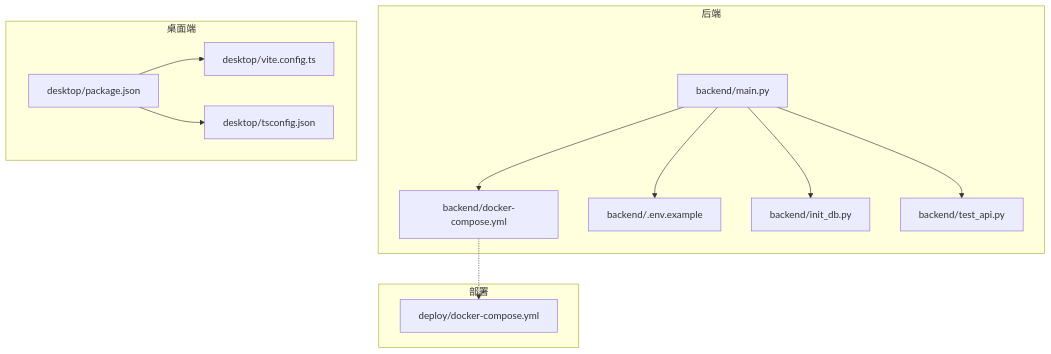
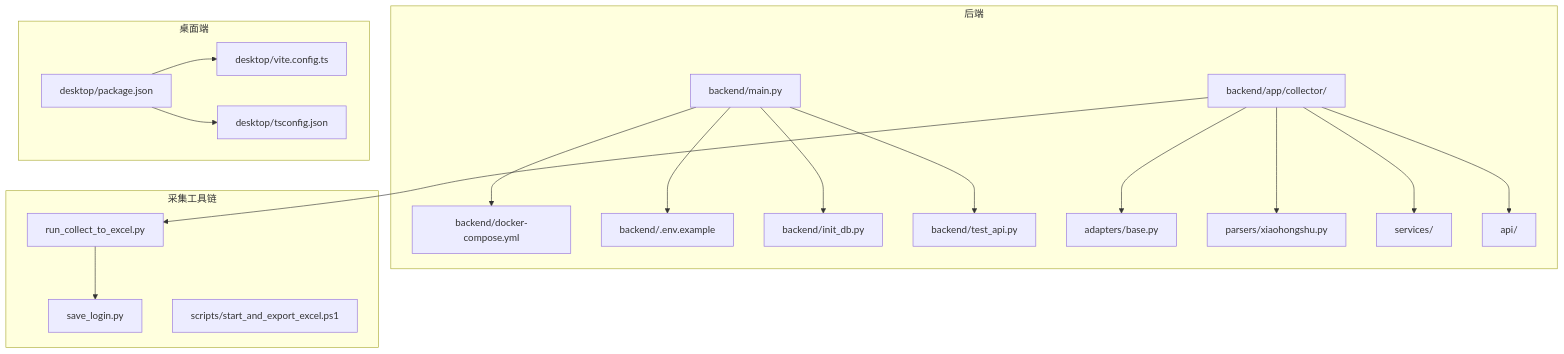
The first of 7 diagrams in .qoder/repowiki/zh/content/开发指南/开发指南.md (dream-ze/AI_huoke-), drawn with Mermaid before and after one commit. The commit also changed other lines of this file and 52 other files, not shown here.

````diff
--- a/.qoder/repowiki/zh/content/开发指南/开发指南.md
+++ b/.qoder/repowiki/zh/content/开发指南/开发指南.md
@@ -51,25 +70,33 @@
 ```mermaid
 graph TB
 subgraph "后端"
 BMain["backend/main.py"]
 BDocker["backend/docker-compose.yml"]
 BEnv["backend/.env.example"]
 BInit["backend/init_db.py"]
 BTest["backend/test_api.py"]
+BCollector["backend/app/collector/"]
+BCollector --> BAdapter["adapters/base.py"]
+BCollector --> BParser["parsers/xiaohongshu.py"]
+BCollector --> BService["services/"]
+BCollector --> BApi["api/"]
 end
 subgraph "桌面端"
 DPackage["desktop/package.json"]
 DVite["desktop/vite.config.ts"]
 DTs["desktop/tsconfig.json"]
 end
-subgraph "部署"
-DDocker["deploy/docker-compose.yml"]
+subgraph "采集工具链"
+RunExcel["run_collect_to_excel.py"]
+SaveLogin["save_login.py"]
+StartPS["scripts/start_and_export_excel.ps1"]
 end
 BMain --> BDocker
 BMain --> BEnv
 BMain --> BInit
 BMain --> BTest
 DPackage --> DVite
 DPackage --> DTs
-BDocker -.-> DDocker
+BCollector --> RunExcel
+RunExcel --> SaveLogin
 ```
````
